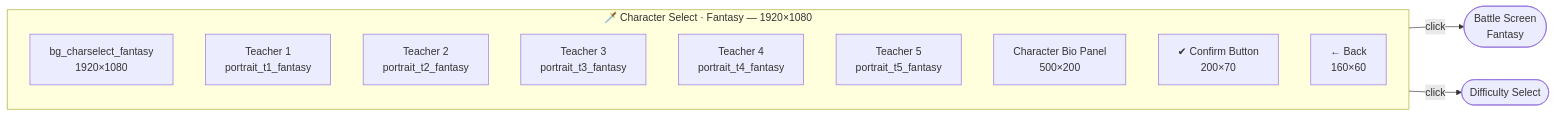
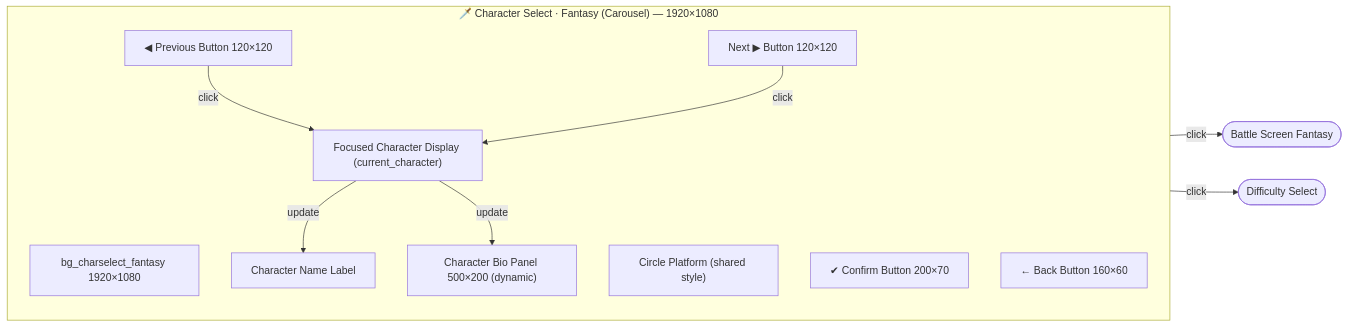
Before and after one commit to UoB-COMSM0166/2026-group-16: the fourth of 8 diagrams in docs/design/ui_flow.md, drawn with Mermaid. The commit also changed other lines of this file and 66 other files, not shown here.

Commit message:
add assert-list & character_select screens

````diff
--- a/docs/design/ui_flow.md
+++ b/docs/design/ui_flow.md
@@ -80,18 +80,30 @@
 ```mermaid
 flowchart LR
-    subgraph CSF["🗡️ Character Select · Fantasy — 1920×1080"]
+    subgraph CSF["🗡️ Character Select · Fantasy (Carousel) — 1920×1080"]
         direction TB
-        BG[bg_charselect_fantasy\n1920×1080]
-        C1[Teacher 1\nportrait_t1_fantasy]
-        C2[Teacher 2\nportrait_t2_fantasy]
-        C3[Teacher 3\nportrait_t3_fantasy]
-        C4[Teacher 4\nportrait_t4_fantasy]
-        C5[Teacher 5\nportrait_t5_fantasy]
-        BIO[Character Bio Panel\n500×200]
-        OK[✔ Confirm Button\n200×70]
-        BK[← Back\n160×60]
+        
+        BG[bg_charselect_fantasy 1920×1080]
+
+        CHAR["Focused Character Display (current_character)"]
+
+        LEFT[◀ Previous Button 120×120]
+        RIGHT[Next ▶ Button 120×120]
+
+        BASE["Circle Platform (shared style)"]
+        NAME["Character Name Label"]
+
+        BIO["Character Bio Panel 500×200 (dynamic)"]
+
+        OK[✔ Confirm Button 200×70]
+        BK[← Back Button 160×60]
     end
 
-    OK -->|click| BF([Battle Screen\nFantasy])
+    LEFT -->|click| CHAR
+    RIGHT -->|click| CHAR
+
+    CHAR -->|update| NAME
+    CHAR -->|update| BIO
+
+    OK -->|click| BF([Battle Screen Fantasy])
     BK -->|click| DIFF([Difficulty Select])
 ```
````
